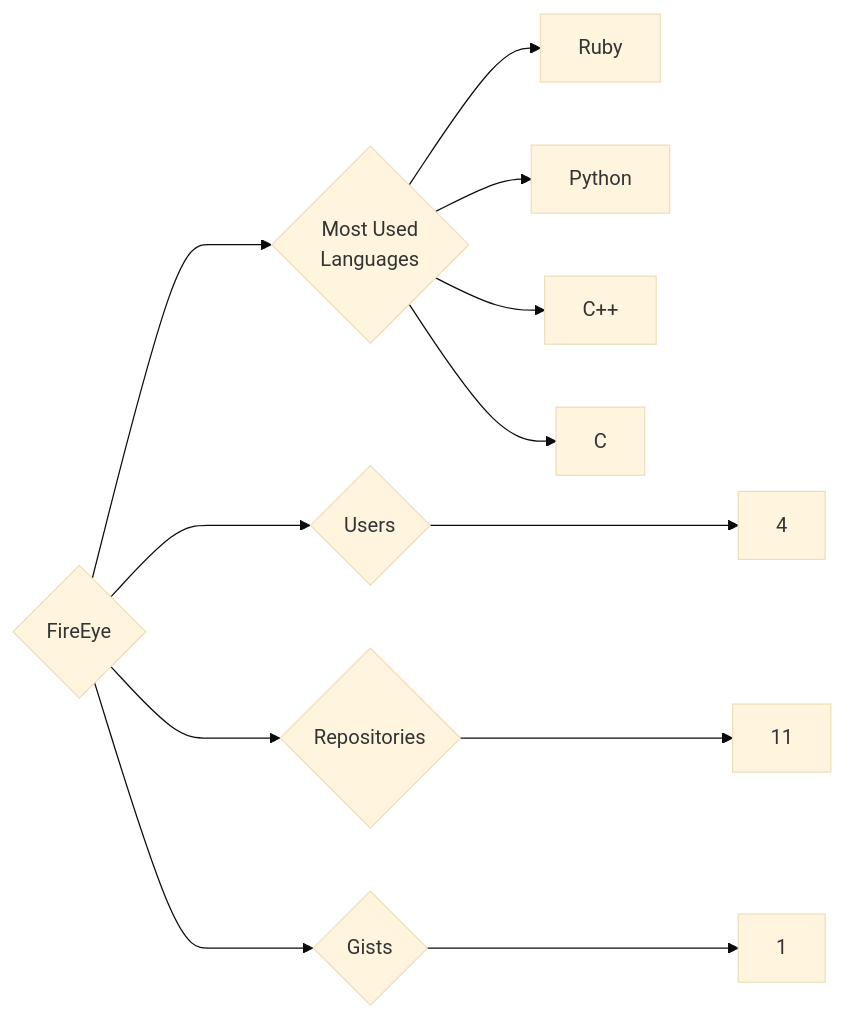
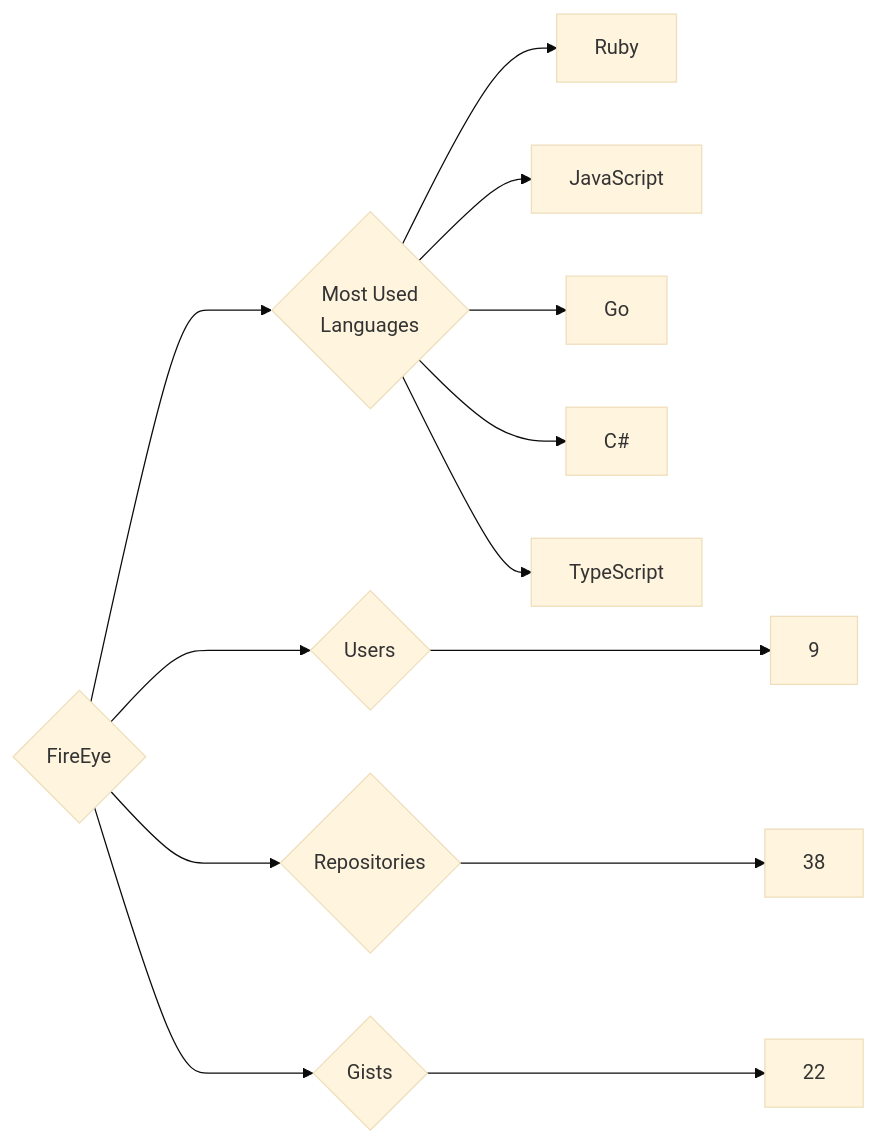
One commit to trickest/insiders changed the diagram in targets/FireEye/README.md. Above: the diagram before and after it, drawn with Mermaid (base theme). The commit also changed 894 other files, not shown here.

````diff
--- a/targets/FireEye/README.md
+++ b/targets/FireEye/README.md
@@ -3,12 +3,13 @@
 ```mermaid
 graph LR
 COMPANY_NAME{FireEye}
-COMPANY_NAME ---> U{Users} ---> UN[4]
-COMPANY_NAME ---> R{Repositories} ---> RN[11]
-COMPANY_NAME ---> G{Gists} ---> GN[1]
+COMPANY_NAME ---> U{Users} ---> UN[9]
+COMPANY_NAME ---> R{Repositories} ---> RN[38]
+COMPANY_NAME ---> G{Gists} ---> GN[22]
 COMPANY_NAME ---> ML{Most Used<br>Languages}
 ML --> Ruby[Ruby]
-ML --> Python[Python]
-ML --> C++[C++]
-ML --> C[C]
+ML --> JavaScript[JavaScript]
+ML --> Go[Go]
+ML --> C#[C#]
+ML --> TypeScript[TypeScript]
 ```
````
